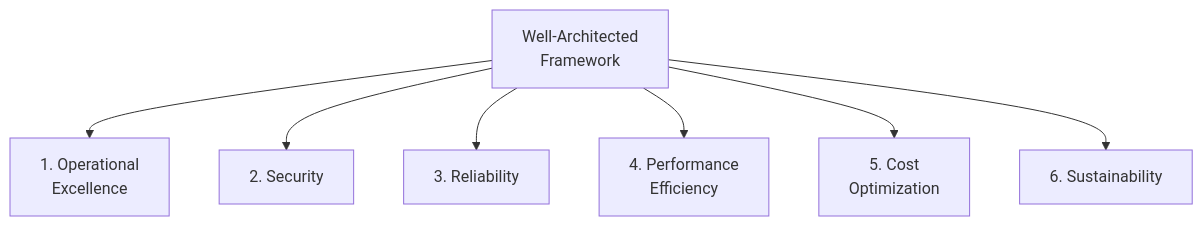
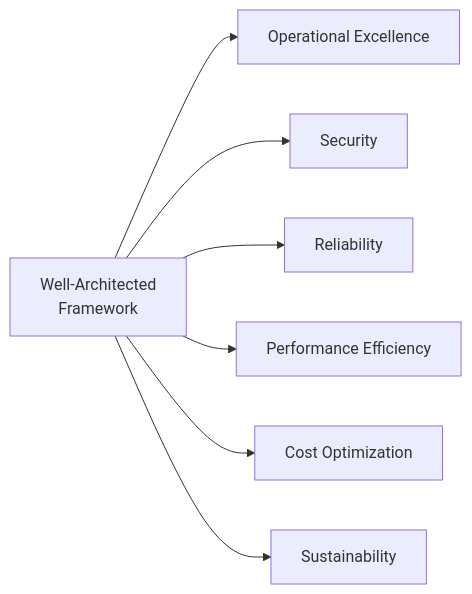
The second of 2 diagrams in Aws practitioner/new/domain1_part2_global_wellarchitected.md (muhammad-khaled-tech/My-Study-Notes), drawn with Mermaid before and after one commit. The commit also changed other lines of this file and 5 other files, not shown here.

````diff
--- a/Aws practitioner/new/domain1_part2_global_wellarchitected.md
+++ b/Aws practitioner/new/domain1_part2_global_wellarchitected.md
@@ -363,9 +112,9 @@
 ```mermaid
-graph TD
-A["Well-Architected<br/>Framework"] --> B["1. Operational<br/>Excellence"]
-A --> C["2. Security"]
-A --> D["3. Reliability"]
-A --> E["4. Performance<br/>Efficiency"]
-A --> F["5. Cost<br/>Optimization"]
-A --> G["6. Sustainability"]
+graph LR
+A["Well-Architected<br/>Framework"] --> B["Operational Excellence"]
+A --> C["Security"]
+A --> D["Reliability"]
+A --> E["Performance Efficiency"]
+A --> F["Cost Optimization"]
+A --> G["Sustainability"]
 ```
````
